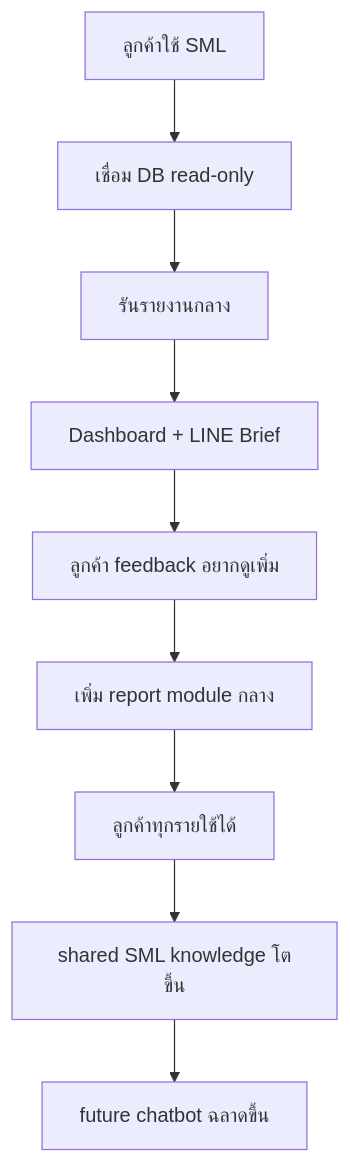
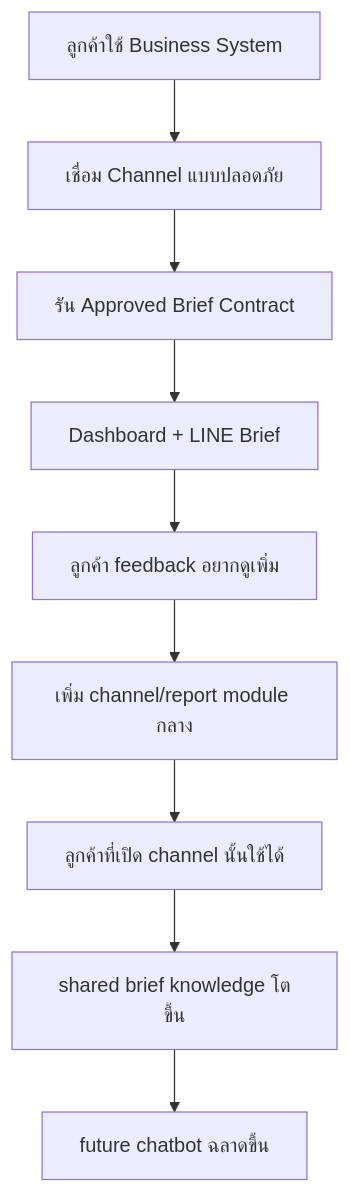
Before and after one commit to bosocmputer/ai-business-command-center: the diagram in docs/01_PRODUCT_BLUEPRINT_TH.md, drawn with Mermaid. The commit also changed other lines of this file and 12 other files, not shown here.

Commit message:
Reframe docs as multi-channel brief hub

````diff
--- a/docs/01_PRODUCT_BLUEPRINT_TH.md
+++ b/docs/01_PRODUCT_BLUEPRINT_TH.md
@@ -127,11 +152,11 @@
 ```mermaid
 flowchart TD
-    A[ลูกค้าใช้ SML] --> B[เชื่อม DB read-only]
-    B --> C[รันรายงานกลาง]
+    A[ลูกค้าใช้ Business System] --> B[เชื่อม Channel แบบปลอดภัย]
+    B --> C[รัน Approved Brief Contract]
     C --> D[Dashboard + LINE Brief]
     D --> E[ลูกค้า feedback อยากดูเพิ่ม]
-    E --> F[เพิ่ม report module กลาง]
-    F --> G[ลูกค้าทุกรายใช้ได้]
-    G --> H[shared SML knowledge โตขึ้น]
+    E --> F[เพิ่ม channel/report module กลาง]
+    F --> G[ลูกค้าที่เปิด channel นั้นใช้ได้]
+    G --> H[shared brief knowledge โตขึ้น]
     H --> I[future chatbot ฉลาดขึ้น]
 ```
````
